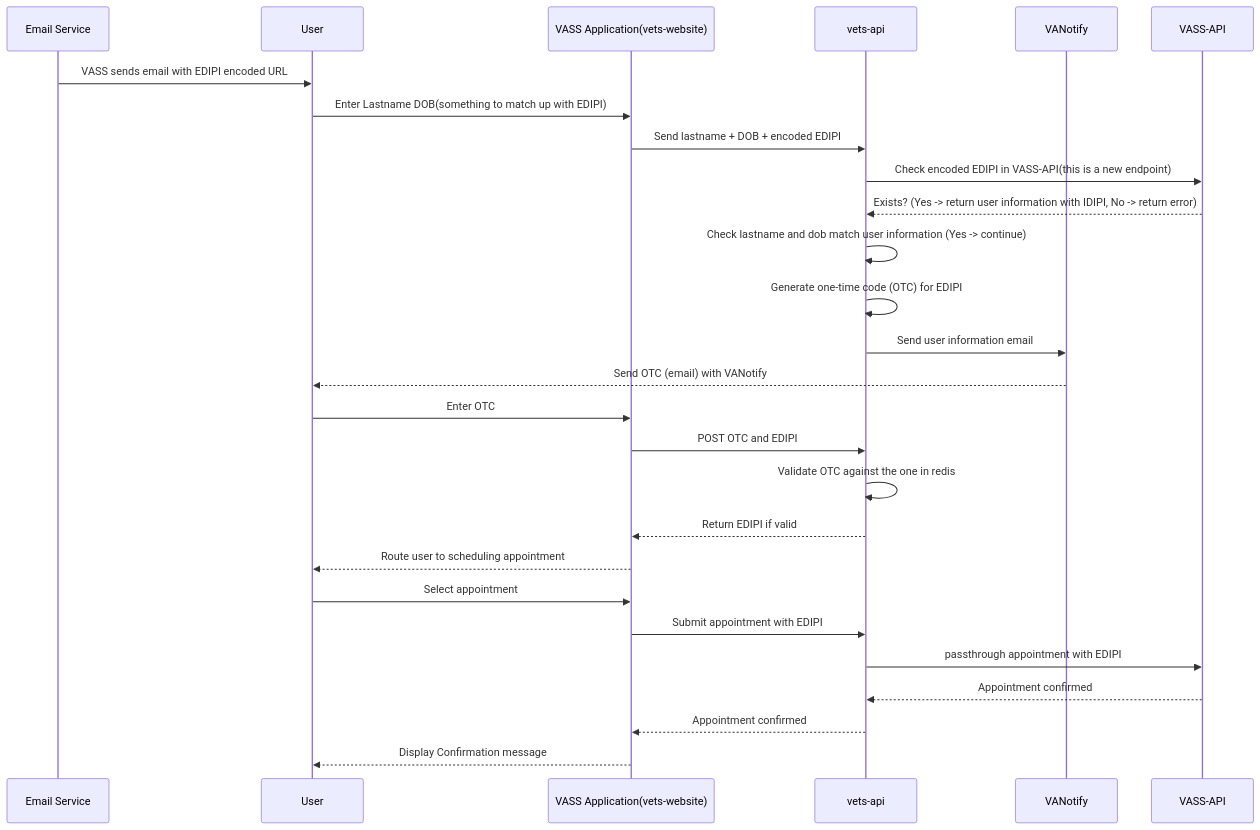
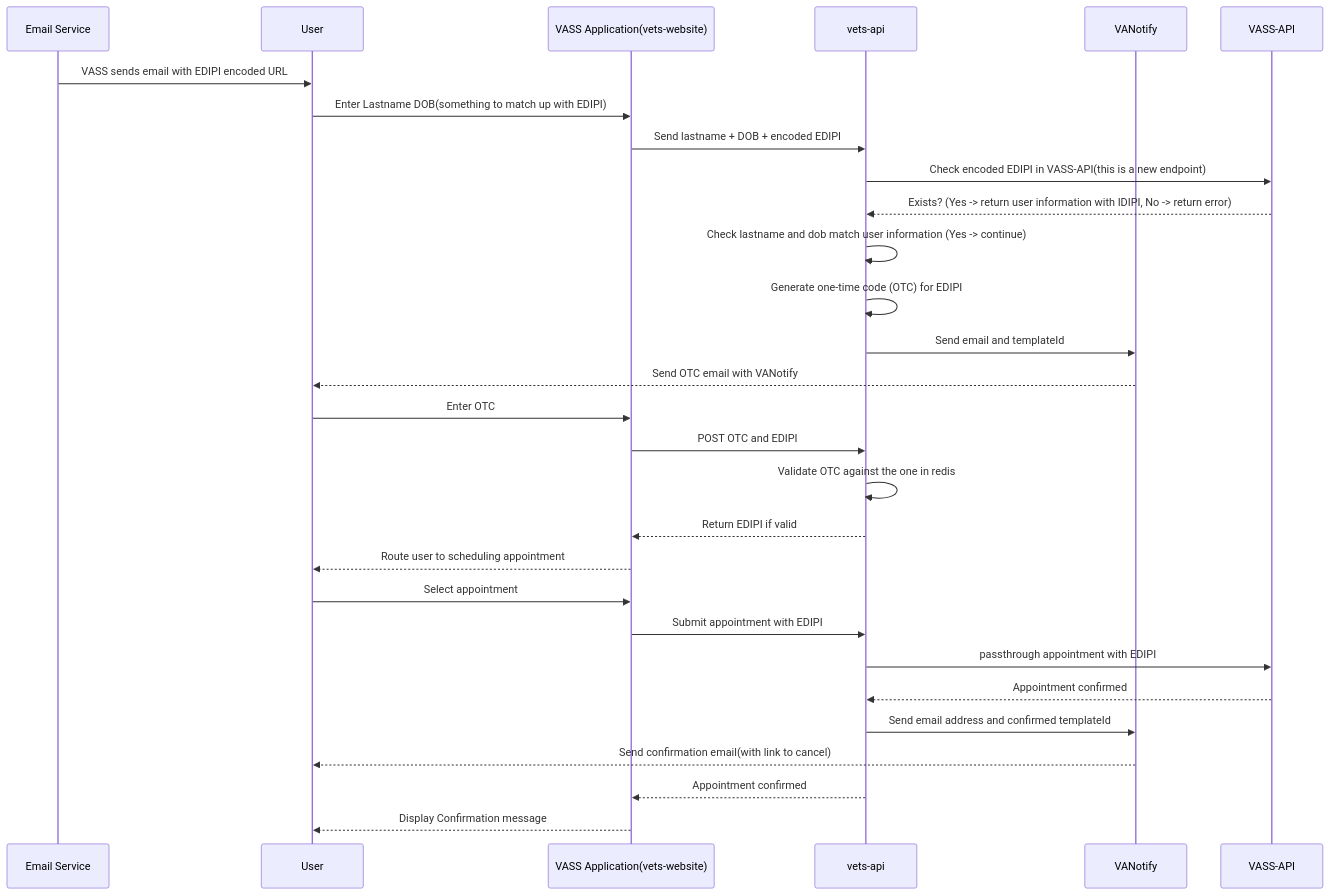
Before and after one commit to department-of-veterans-affairs/va.gov-team: the diagram in products/health-care/appointments/va-online-scheduling/initiatives/solid-start-scheduling/engineering/sequence-diagrams/otc-flow.md, drawn with Mermaid.

````diff
--- a/products/health-care/appointments/va-online-scheduling/initiatives/solid-start-scheduling/engineering/sequence-diagrams/otc-flow.md
+++ b/products/health-care/appointments/va-online-scheduling/initiatives/solid-start-scheduling/engineering/sequence-diagrams/otc-flow.md
@@ -3,35 +3,37 @@
 ``` mermaid
 sequenceDiagram
     participant E as Email Service
     participant U as User
     participant F as VASS Application(vets-website)
     participant V as vets-api
     
     participant N as VANotify
     participant S as VASS-API
     
     E->>U: VASS sends email with EDIPI encoded URL
     U->>F: Enter Lastname DOB(something to match up with EDIPI)
     F->>V: Send lastname + DOB + encoded EDIPI
     V->>S: Check encoded EDIPI in VASS-API(this is a new endpoint)
 
     S-->>V: Exists? (Yes -> return user information with IDIPI, No -> return error)
 
     V->>V: Check lastname and dob match user information (Yes -> continue) 
     V->>V: Generate one-time code (OTC) for EDIPI
-    V->>N: Send user information email
-    N-->>U: Send OTC (email) with VANotify
+    V->>N: Send email and templateId
+    N-->>U: Send OTC email with VANotify
 
     U->>F: Enter OTC
     F->>V: POST OTC and EDIPI
     V->>V: Validate OTC against the one in redis
     V-->>F: Return EDIPI if valid
     F-->>U: Route user to scheduling appointment
 
     U->>F: Select appointment
     F->>V: Submit appointment with EDIPI
     V->>S: passthrough appointment with EDIPI
     S-->>V: Appointment confirmed
+    V->>N: Send email address and confirmed templateId
+    N-->>U: Send confirmation email(with link to cancel)
     V-->>F: Appointment confirmed
     F-->>U: Display Confirmation message
 ```
````
